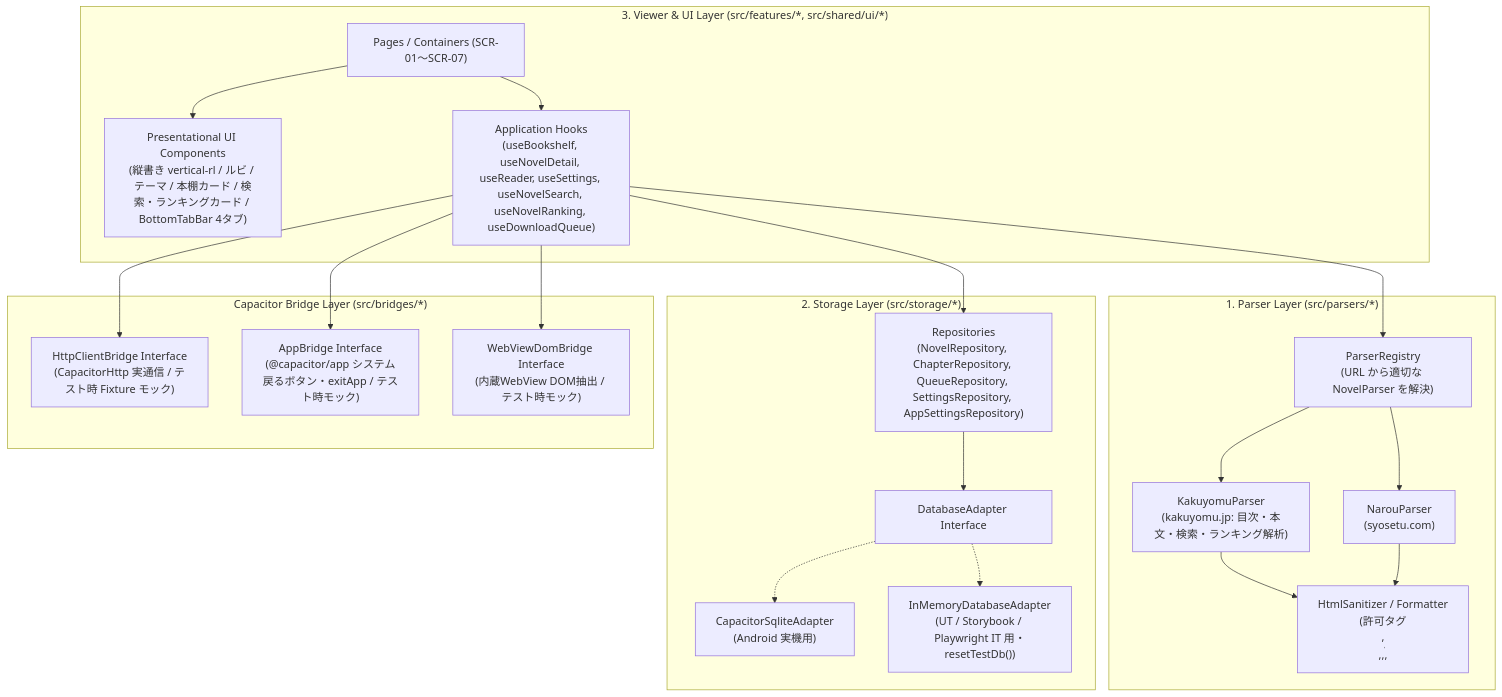
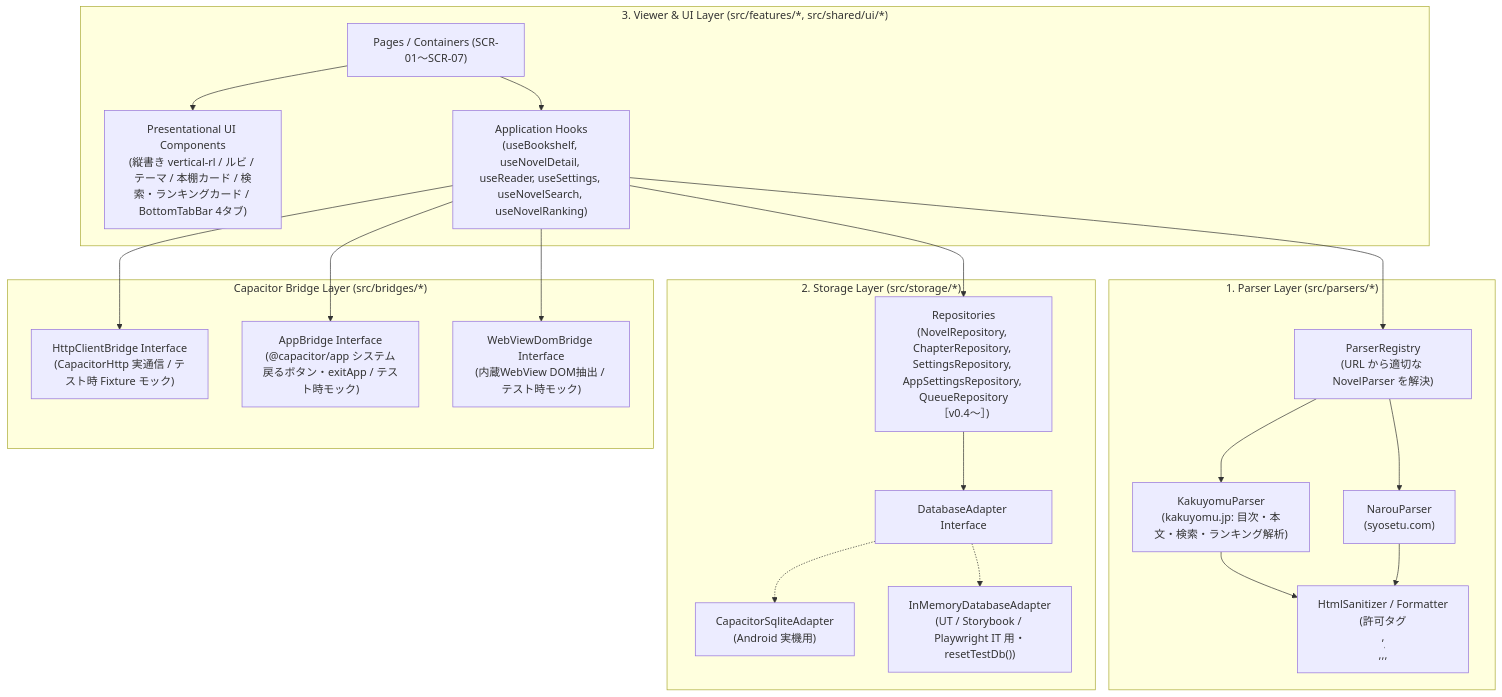
Before and after one commit to high-soar/Yommy: the diagram in docs/specs/architecture.md, drawn with Mermaid. The commit also changed other lines of this file and 11 other files, not shown here.

````diff
--- a/docs/specs/architecture.md
+++ b/docs/specs/architecture.md
@@ -61,43 +67,43 @@
 ```mermaid
 flowchart TB
     subgraph UILayer ["3. Viewer & UI Layer (src/features/*, src/shared/ui/*)"]
         Pages["Pages / Containers (SCR-01〜SCR-07)"]
         Components["Presentational UI Components<br>(縦書き vertical-rl / ルビ / テーマ / 本棚カード / 検索・ランキングカード / BottomTabBar 4タブ)"]
-        Hooks["Application Hooks<br>(useBookshelf, useNovelDetail, useReader, useSettings, useNovelSearch, useNovelRanking, useDownloadQueue)"]
+        Hooks["Application Hooks<br>(useBookshelf, useNovelDetail, useReader, useSettings, useNovelSearch, useNovelRanking)"]
         Pages --> Components
         Pages --> Hooks
     end
 
     subgraph ParserLayer ["1. Parser Layer (src/parsers/*)"]
         Registry["ParserRegistry<br>(URL から適切な NovelParser を解決)"]
         Kakuyomu["KakuyomuParser<br>(kakuyomu.jp: 目次・本文・検索・ランキング解析)"]
         Narou["NarouParser<br>(syosetu.com)"]
         Sanitizer["HtmlSanitizer / Formatter<br>(許可タグ <p>,<br>,<ruby>,<rb>,<rt>,<rp>,<em> のみ保持)"]
         Registry --> Kakuyomu
         Registry --> Narou
         Kakuyomu --> Sanitizer
         Narou --> Sanitizer
     end
 
     subgraph StorageLayer ["2. Storage Layer (src/storage/*)"]
-        Repos["Repositories<br>(NovelRepository, ChapterRepository, QueueRepository, SettingsRepository, AppSettingsRepository)"]
+        Repos["Repositories<br>(NovelRepository, ChapterRepository, SettingsRepository, AppSettingsRepository, QueueRepository［v0.4〜］)"]
         DbAdapter["DatabaseAdapter Interface"]
         SqliteImpl["CapacitorSqliteAdapter<br>(Android 実機用)"]
         MemImpl["InMemoryDatabaseAdapter<br>(UT / Storybook / Playwright IT 用・resetTestDb())"]
         Repos --> DbAdapter
         DbAdapter -.-> SqliteImpl
         DbAdapter -.-> MemImpl
     end
 
     subgraph BridgeLayer ["Capacitor Bridge Layer (src/bridges/*)"]
         HttpBridge["HttpClientBridge Interface<br>(CapacitorHttp 実通信 / テスト時 Fixture モック)"]
         AppBridge["AppBridge Interface<br>(@capacitor/app システム戻るボタン・exitApp / テスト時モック)"]
         WebViewBridge["WebViewDomBridge Interface<br>(内蔵WebView DOM抽出 / テスト時モック)"]
     end
 
     Hooks --> Registry
     Hooks --> Repos
     Hooks --> HttpBridge
     Hooks --> AppBridge
     Hooks --> WebViewBridge
 ```
````
